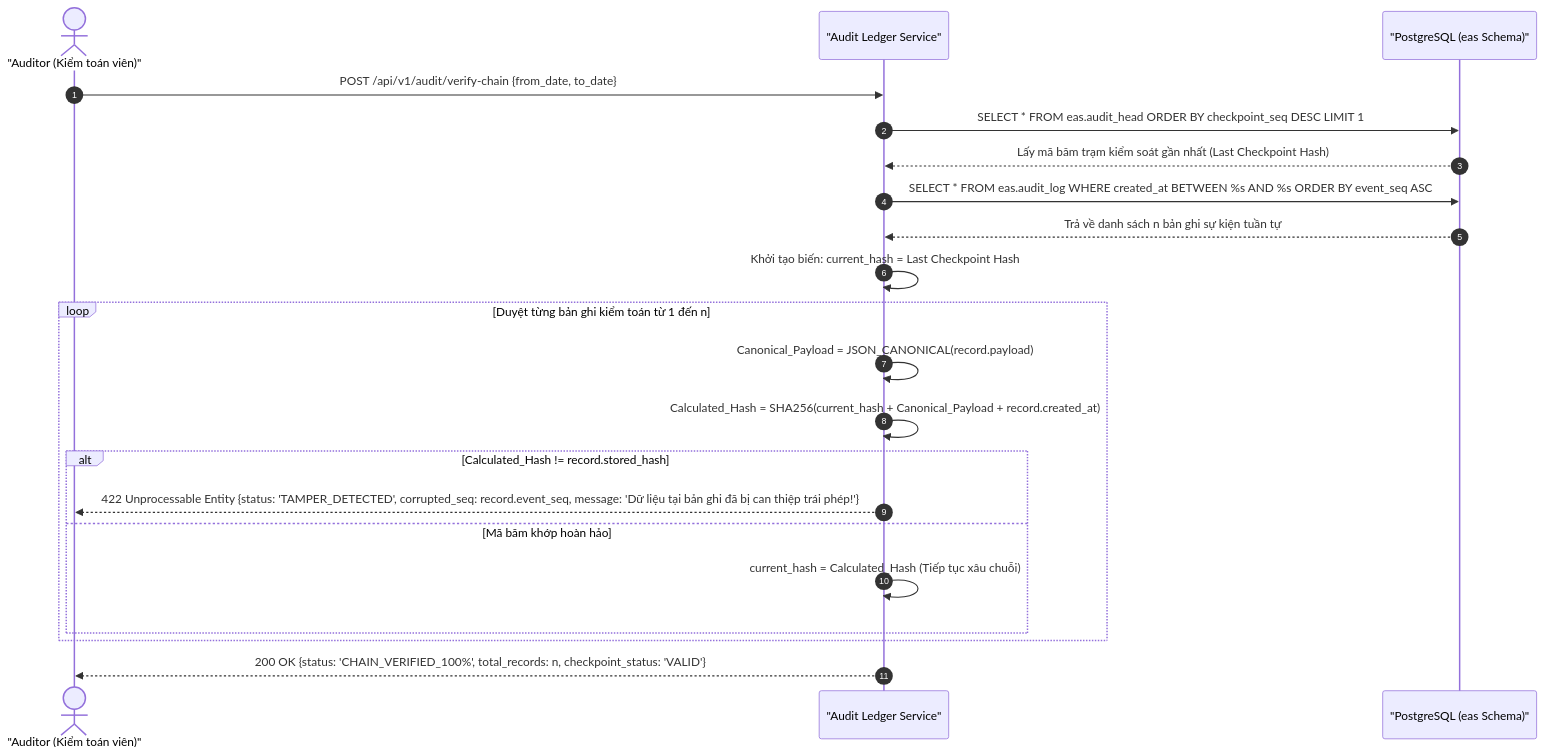
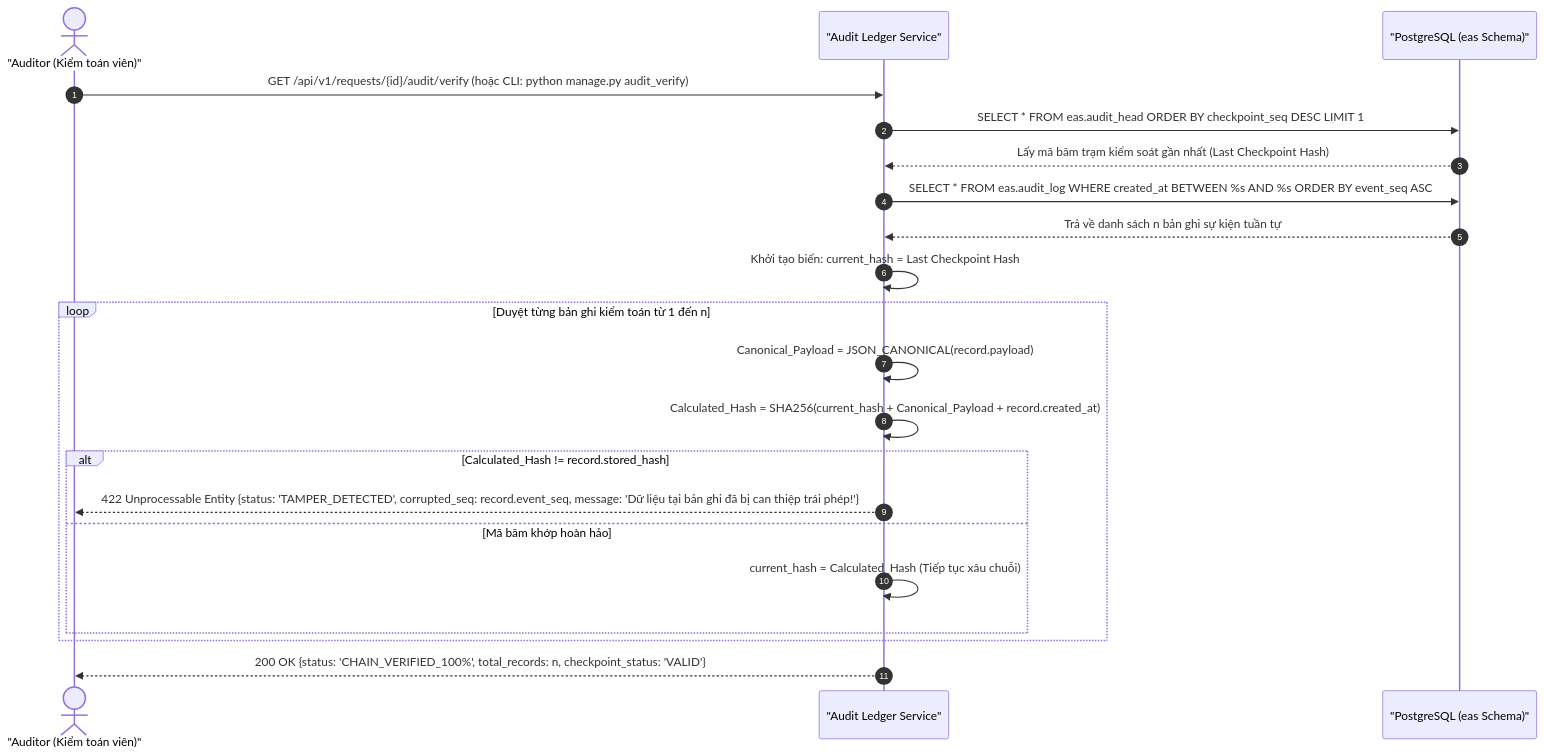
The ninth of 22 diagrams in workspace/analysis_design/04_SO_DO_SEQUENCE.md (PhanQuangHuy2310/DATN), drawn with Mermaid before and after one commit. The commit also changed other lines of this file and 176 other files, not shown here.

First line of the commit message:
feat: external systems via API, schema v2, security fixes and E2E-verified UI

````diff
--- a/workspace/analysis_design/04_SO_DO_SEQUENCE.md
+++ b/workspace/analysis_design/04_SO_DO_SEQUENCE.md
@@ -392,27 +392,27 @@
 ```mermaid
 sequenceDiagram
     autonumber
     actor Auditor as "Auditor (Kiểm toán viên)"
     participant Core as "Audit Ledger Service"
     participant DB as "PostgreSQL (eas Schema)"
 
-    Auditor->>Core: POST /api/v1/audit/verify-chain {from_date, to_date}
+    Auditor->>Core: GET /api/v1/requests/{id}/audit/verify (hoặc CLI: python manage.py audit_verify)
     Core->>DB: SELECT * FROM eas.audit_head ORDER BY checkpoint_seq DESC LIMIT 1
     DB-->>Core: Lấy mã băm trạm kiểm soát gần nhất (Last Checkpoint Hash)
 
     Core->>DB: SELECT * FROM eas.audit_log WHERE created_at BETWEEN %s AND %s ORDER BY event_seq ASC
     DB-->>Core: Trả về danh sách n bản ghi sự kiện tuần tự
 
     Core->>Core: Khởi tạo biến: current_hash = Last Checkpoint Hash
     loop Duyệt từng bản ghi kiểm toán từ 1 đến n
         Core->>Core: Canonical_Payload = JSON_CANONICAL(record.payload)
         Core->>Core: Calculated_Hash = SHA256(current_hash + Canonical_Payload + record.created_at)
         alt Calculated_Hash != record.stored_hash
             Core-->>Auditor: 422 Unprocessable Entity {status: 'TAMPER_DETECTED', corrupted_seq: record.event_seq, message: 'Dữ liệu tại bản ghi đã bị can thiệp trái phép!'}
         else Mã băm khớp hoàn hảo
             Core->>Core: current_hash = Calculated_Hash (Tiếp tục xâu chuỗi)
         end
     end
 
     Core-->>Auditor: 200 OK {status: 'CHAIN_VERIFIED_100%', total_records: n, checkpoint_status: 'VALID'}
 ```
````
